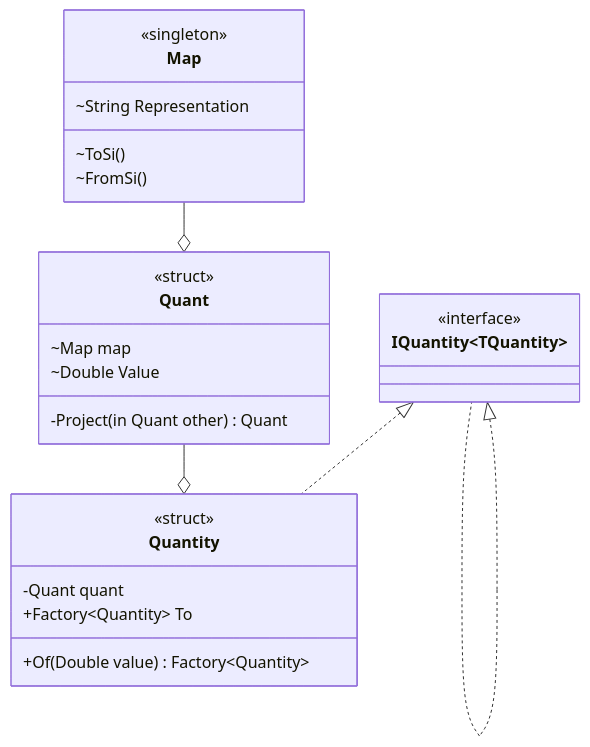
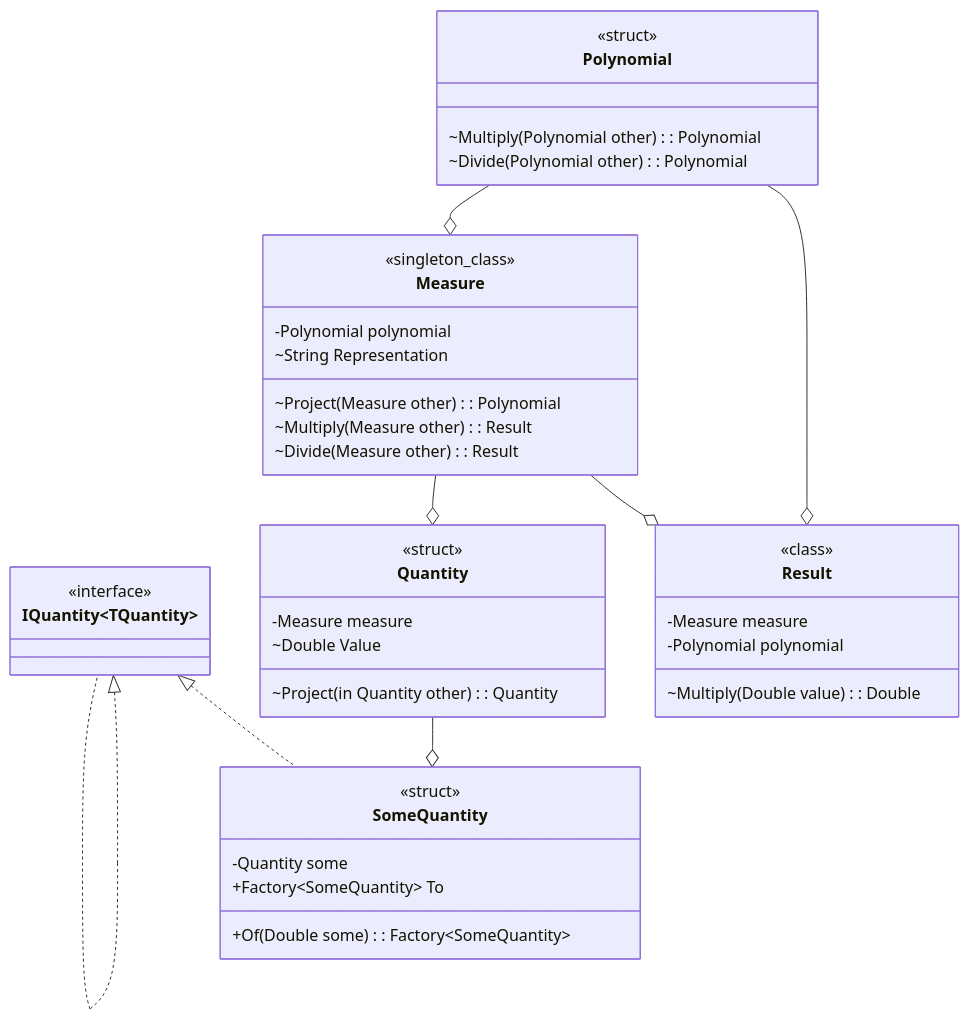
The second of 2 diagrams in documentation/Design.md (atmoos/Quantities), drawn with Mermaid before and after one commit. The commit also changed other lines of this file and 3 other files, not shown here.

````diff
--- a/documentation/Design.md
+++ b/documentation/Design.md
@@ -120,28 +158,44 @@
 ```mermaid
 classDiagram
     class IQuantity~TQuantity~{
         <<interface>>
     }
+    class Polynomial{
+        <<struct>>
+        ~Multiply(Polynomial other): Polynomial
+        ~Divide(Polynomial other): Polynomial
+    }
+    class Result{
+        <<class>>
+        -Measure measure
+        -Polynomial polynomial
+        ~Multiply(Double value): Double
+    }
+    class Measure{
+        <<singleton_class>>
+        -Polynomial polynomial
+        ~String Representation
+        ~Project(Measure other): Polynomial
+        ~Multiply(Measure other): Result
+        ~Divide(Measure other): Result
+    }
     class Quantity{
         <<struct>>
-        -Quant quant
-        +Factory~Quantity~ To
-        +Of(Double value) Factory~Quantity~
+        -Measure measure
+        ~Double Value
+        ~Project(in Quantity other): Quantity
     }
-    class Quant{
+    class SomeQuantity{
         <<struct>>
-        ~Map map
-        ~Double Value
-        -Project(in Quant other) Quant
+        -Quantity some
+        +Factory~SomeQuantity~ To
+        +Of(Double some): Factory~SomeQuantity~
     }
-    class Map{
-        <<singleton>>
-        ~String Representation
-        ~ToSi()
-        ~FromSi()
-    }
-    IQuantity <|.. Quantity
+    IQuantity <|.. SomeQuantity
     IQuantity <|.. IQuantity
-    Quant --o Quantity
-    Map --o Quant
+    Quantity --o SomeQuantity
+    Measure --o Result
+    Measure --o Quantity
+    Polynomial --o Result
+    Polynomial --o Measure
 ```
````
